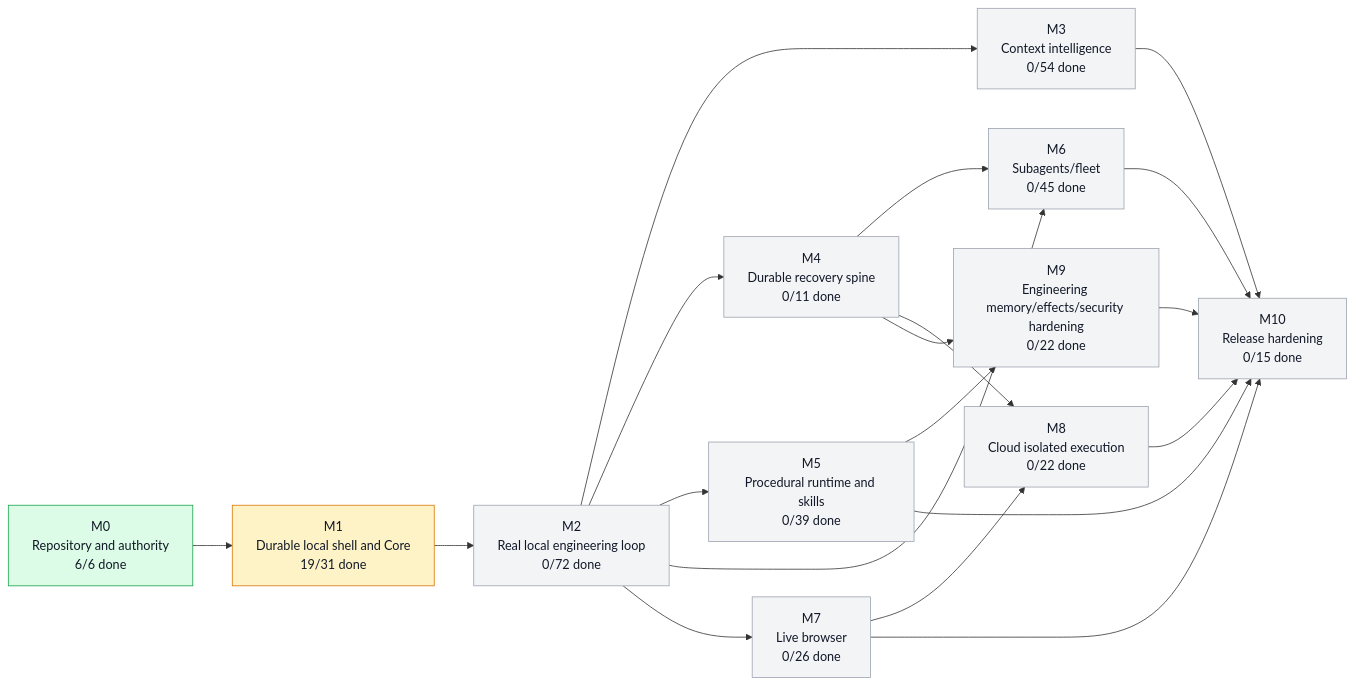
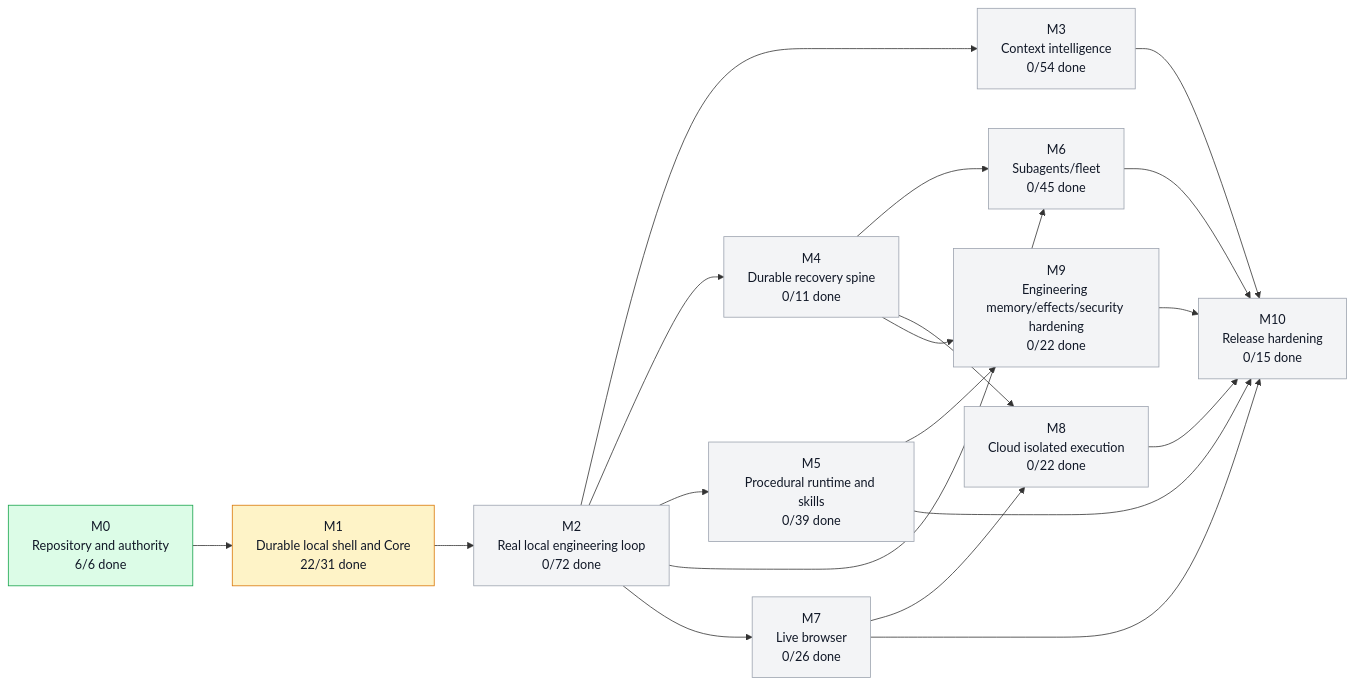
Before and after one commit to moss101/zmodbit: the first of 3 diagrams in graph/PROJECT_GRAPH.md, drawn with Mermaid. The commit also changed other lines of this file and 3 other files, not shown here.

````diff
--- a/graph/PROJECT_GRAPH.md
+++ b/graph/PROJECT_GRAPH.md
@@ -43,43 +43,43 @@
 ```mermaid
 flowchart LR
   M0["M0<br/>Repository and authority<br/>6/6 done"]
-  M1["M1<br/>Durable local shell and Core<br/>19/31 done"]
+  M1["M1<br/>Durable local shell and Core<br/>22/31 done"]
   M2["M2<br/>Real local engineering loop<br/>0/72 done"]
   M3["M3<br/>Context intelligence<br/>0/54 done"]
   M4["M4<br/>Durable recovery spine<br/>0/11 done"]
   M5["M5<br/>Procedural runtime and skills<br/>0/39 done"]
   M6["M6<br/>Subagents/fleet<br/>0/45 done"]
   M7["M7<br/>Live browser<br/>0/26 done"]
   M8["M8<br/>Cloud isolated execution<br/>0/22 done"]
   M9["M9<br/>Engineering memory/effects/security hardening<br/>0/22 done"]
   M10["M10<br/>Release hardening<br/>0/15 done"]
   M0 --> M1
   M1 --> M2
   M2 --> M3
   M2 --> M4
   M2 --> M5
   M2 --> M6
   M4 --> M6
   M2 --> M7
   M4 --> M8
   M7 --> M8
   M4 --> M9
   M5 --> M9
   M3 --> M10
   M5 --> M10
   M6 --> M10
   M7 --> M10
   M8 --> M10
   M9 --> M10
   style M0 fill:#dcfce7,stroke:#16a34a,color:#111827
   style M1 fill:#fef3c7,stroke:#d97706,color:#111827
   style M2 fill:#f3f4f6,stroke:#9ca3af,color:#111827
   style M3 fill:#f3f4f6,stroke:#9ca3af,color:#111827
   style M4 fill:#f3f4f6,stroke:#9ca3af,color:#111827
   style M5 fill:#f3f4f6,stroke:#9ca3af,color:#111827
   style M6 fill:#f3f4f6,stroke:#9ca3af,color:#111827
   style M7 fill:#f3f4f6,stroke:#9ca3af,color:#111827
   style M8 fill:#f3f4f6,stroke:#9ca3af,color:#111827
   style M9 fill:#f3f4f6,stroke:#9ca3af,color:#111827
   style M10 fill:#f3f4f6,stroke:#9ca3af,color:#111827
 ```
````
